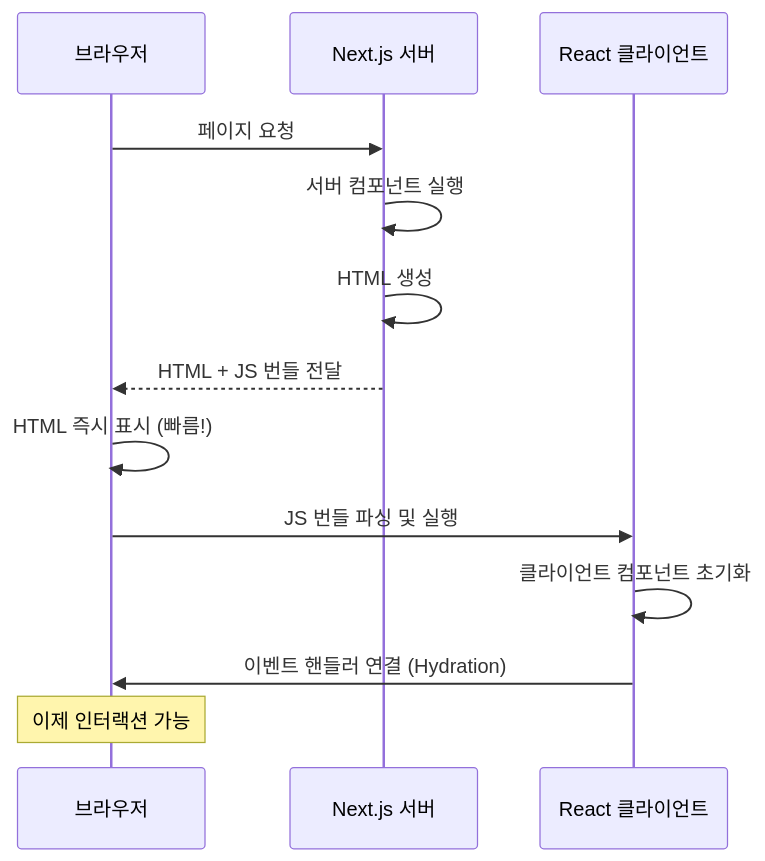
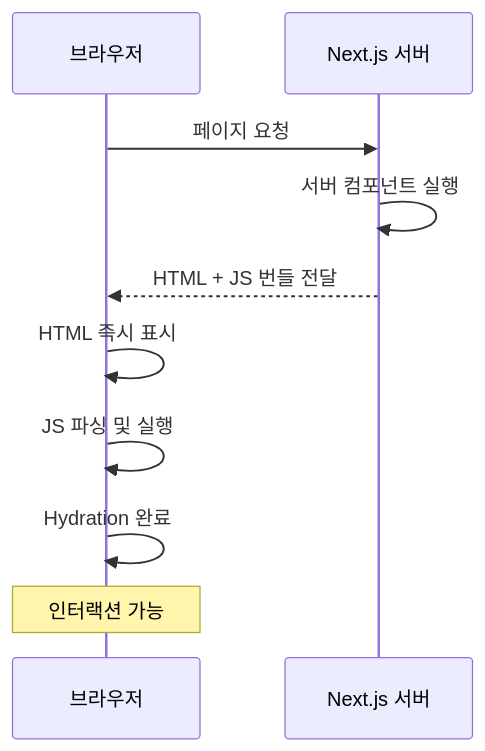
The fifth of 6 diagrams in _posts/frontend/2026-05-02-nextjs-fundamentals.md (yjkim2015/yjkim2015.github.io), drawn with Mermaid before and after one commit. The commit also changed 155 other files, not shown here.

First line of the commit message:
Mermaid 전면 수정: subgraph 제거, participant/노드/줄수 축소 (342블록)

````diff
--- a/_posts/frontend/2026-05-02-nextjs-fundamentals.md
+++ b/_posts/frontend/2026-05-02-nextjs-fundamentals.md
@@ -259,15 +259,12 @@
 ```mermaid
 sequenceDiagram
     participant CLIENT as 브라우저
     participant SERVER as Next.js 서버
-    participant REACT as React 클라이언트
     CLIENT->>SERVER: 페이지 요청
     SERVER->>SERVER: 서버 컴포넌트 실행
-    SERVER->>SERVER: HTML 생성
     SERVER-->>CLIENT: HTML + JS 번들 전달
-    CLIENT->>CLIENT: HTML 즉시 표시 (빠름!)
-    CLIENT->>REACT: JS 번들 파싱 및 실행
-    REACT->>REACT: 클라이언트 컴포넌트 초기화
-    REACT->>CLIENT: 이벤트 핸들러 연결 (Hydration)
-    Note over CLIENT: 이제 인터랙션 가능
+    CLIENT->>CLIENT: HTML 즉시 표시
+    CLIENT->>CLIENT: JS 파싱 및 실행
+    CLIENT->>CLIENT: Hydration 완료
+    Note over CLIENT: 인터랙션 가능
 ```
````
